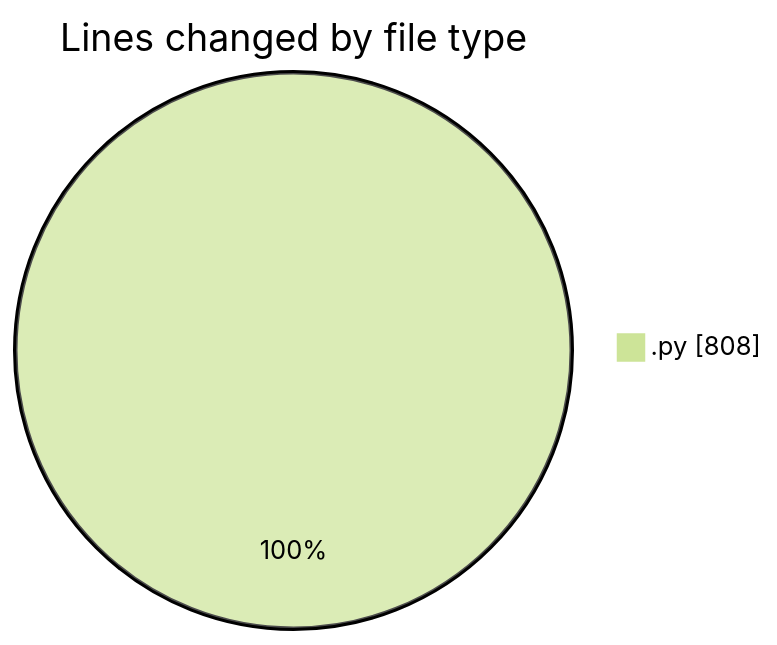
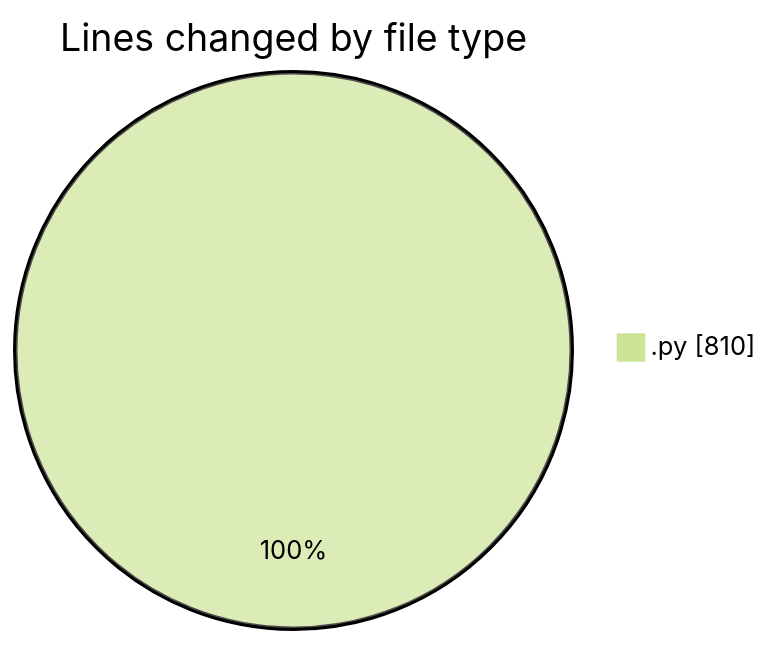
Before and after one commit to MatusMokan/code-tracking: the first of 2 diagrams in 2025-03-01/myws__workspace_/README.md, drawn with Mermaid (forest theme). The commit also changed other lines of this file and 1 other file, not shown here.

````diff
--- a/2025-03-01/myws__workspace_/README.md
+++ b/2025-03-01/myws__workspace_/README.md
@@ -21,5 +21,5 @@
 ```mermaid
 pie showData
 title Lines changed by file type
-".py" : 808
+".py" : 810
 ```
````
